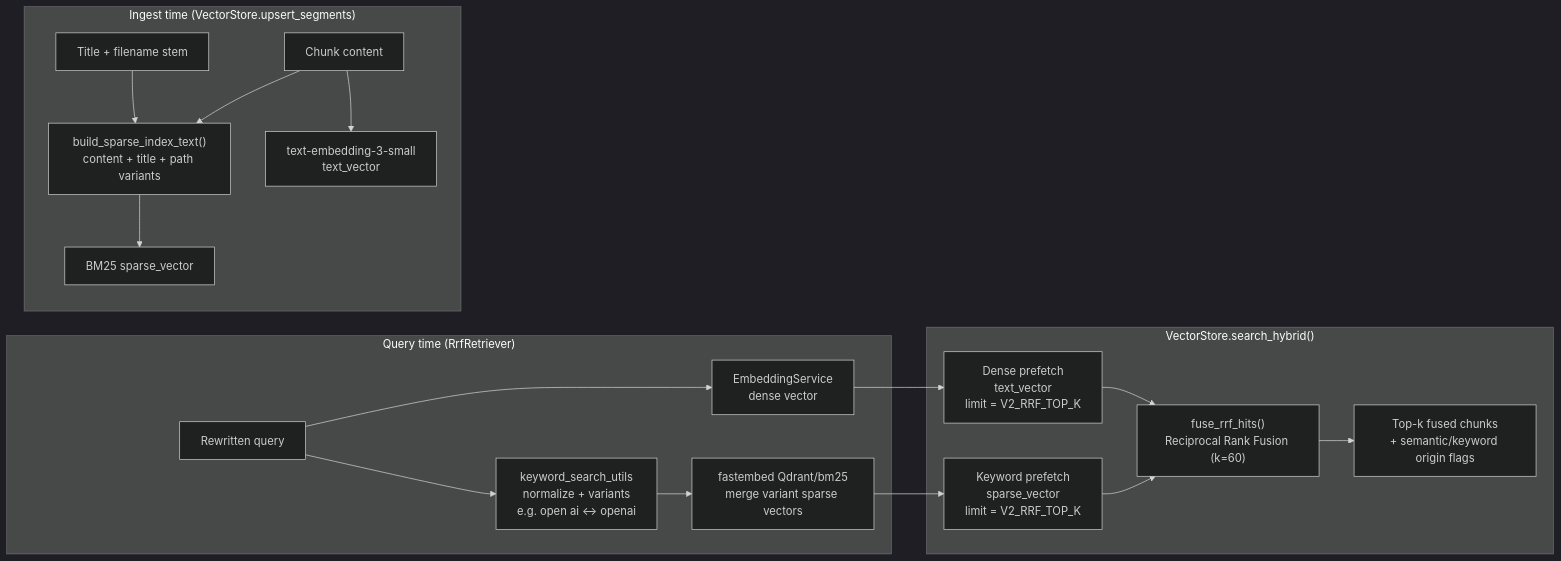
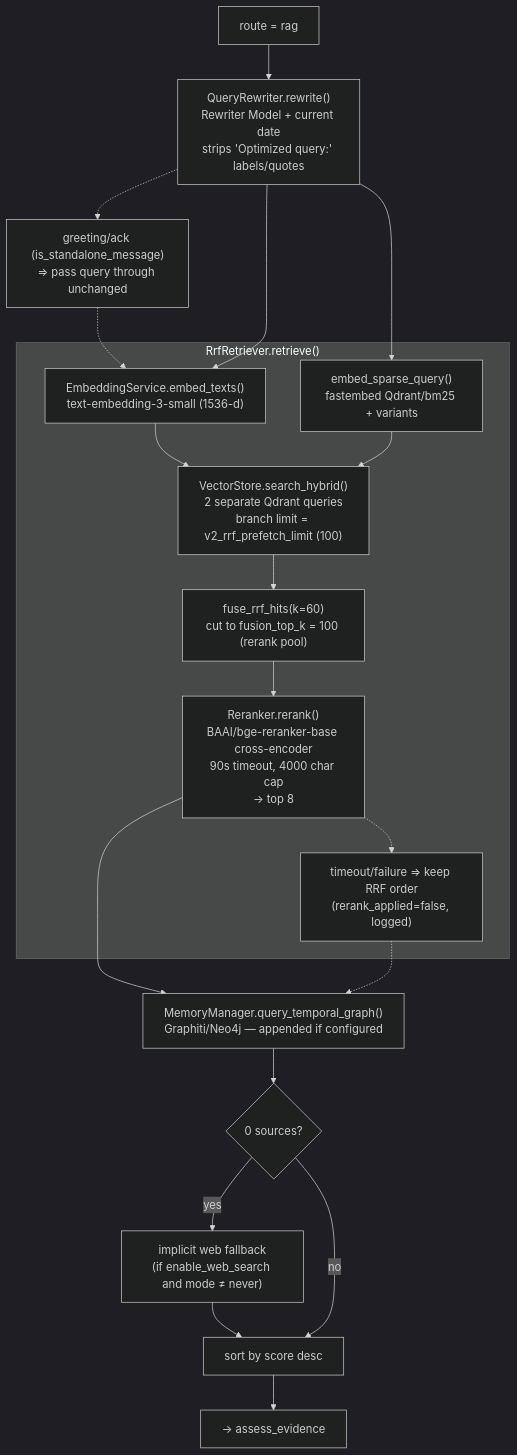
Before and after one commit to OmgItsAmmer/Scrutinize: the third of 11 diagrams in docs/architecture/diagram.md, drawn with Mermaid (dark theme). The commit also changed other lines of this file and 40 other files, not shown here.

````diff
--- a/docs/architecture/diagram.md
+++ b/docs/architecture/diagram.md
@@ -237,28 +165,30 @@
 ```mermaid
-flowchart LR
-    subgraph QueryTime["Query time (RrfRetriever)"]
-        Q["Rewritten query"]
-        Q --> D_EMB["EmbeddingService\ndense vector"]
-        Q --> K_UTIL["keyword_search_utils\nnormalize + variants\ne.g. open ai ↔ openai"]
-        K_UTIL --> K_EMB["fastembed Qdrant/bm25\nmerge variant sparse vectors"]
+flowchart TD
+    IN["route = rag"]
+    RW["QueryRewriter.rewrite()<br/>Rewriter Model + current date<br/>strips 'Optimized query:' labels/quotes"]
+    SKIP["greeting/ack (is_standalone_message)<br/>⇒ pass query through unchanged"]
+
+    subgraph RRF["RrfRetriever.retrieve()"]
+        E1["EmbeddingService.embed_texts()<br/>text-embedding-3-small (1536-d)"]
+        E2["embed_sparse_query()<br/>fastembed Qdrant/bm25 + variants"]
+        VS["VectorStore.search_hybrid()<br/>2 separate Qdrant queries<br/>branch limit = v2_rrf_prefetch_limit (100)"]
+        FUSE["fuse_rrf_hits(k=60)<br/>cut to fusion_top_k = 100 (rerank pool)"]
+        RR["Reranker.rerank()<br/>BAAI/bge-reranker-base cross-encoder<br/>90s timeout, 4000 char cap<br/>→ top 8"]
+        FBK["timeout/failure ⇒ keep RRF order<br/>(rerank_applied=false, logged)"]
     end
 
-    subgraph Qdrant["VectorStore.search_hybrid()"]
-        D_PREF["Dense prefetch\ntext_vector\nlimit = V2_RRF_TOP_K"]
-        S_PREF["Keyword prefetch\nsparse_vector\nlimit = V2_RRF_TOP_K"]
-        D_EMB --> D_PREF
-        K_EMB --> S_PREF
-        D_PREF --> RRF["fuse_rrf_hits()\nReciprocal Rank Fusion (k=60)"]
-        S_PREF --> RRF
-        RRF --> TOP["Top-k fused chunks\n+ semantic/keyword origin flags"]
-    end
+    GRAPH["MemoryManager.query_temporal_graph()<br/>Graphiti/Neo4j — appended if configured"]
+    NOSRC{"0 sources?"}
+    WEBFB["implicit web fallback<br/>(if enable_web_search and mode ≠ never)"]
+    SORT["sort by score desc"]
+    NEXT["→ assess_evidence"]
 
-    subgraph Ingest["Ingest time (VectorStore.upsert_segments)"]
-        C["Chunk content"]
-        T["Title + filename stem"]
-        C --> SPARSE_TEXT["build_sparse_index_text()\ncontent + title + path variants"]
-        T --> SPARSE_TEXT
-        SPARSE_TEXT --> SPARSE_IDX["BM25 sparse_vector"]
-        C --> DENSE_IDX["text-embedding-3-small\ntext_vector"]
-    end
+    IN --> RW
+    RW -.-> SKIP -.-> E1
+    RW --> E1 & E2
+    E1 & E2 --> VS --> FUSE --> RR --> GRAPH
+    RR -.-> FBK -.-> GRAPH
+    GRAPH --> NOSRC
+    NOSRC -->|yes| WEBFB --> SORT
+    NOSRC -->|no| SORT --> NEXT
 ```
````
